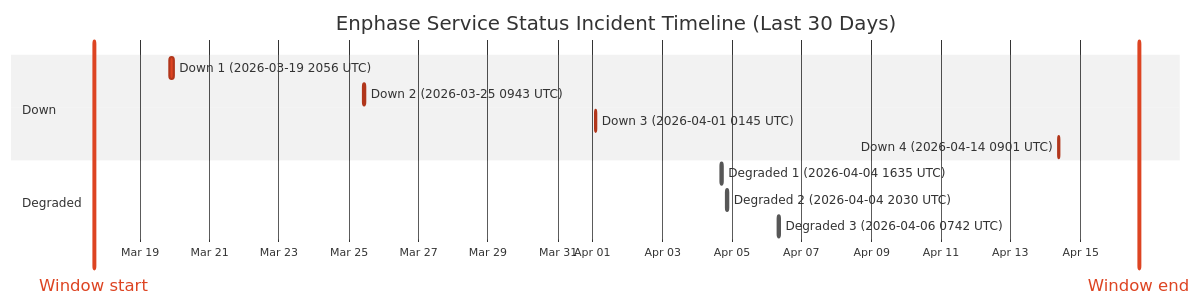
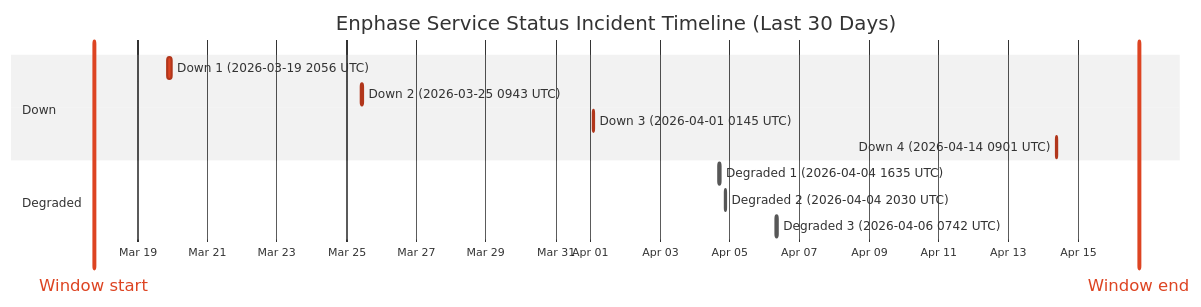
One commit to barneyonline/ha-enphase-ev-charger changed the diagram in wiki/Service-Status-History.md. Above: the diagram before and after it, drawn with Mermaid (neutral theme). The commit also changed other lines of this file and 3 other files, not shown here.

````diff
--- a/wiki/Service-Status-History.md
+++ b/wiki/Service-Status-History.md
@@ -14,17 +14,17 @@
 ```mermaid
 gantt
     title Enphase Service Status Incident Timeline (Last 30 Days)
     dateFormat  YYYY-MM-DDTHH:mm:ss
     axisFormat  %b %d
-    Window start :vert, window-start, 2026-03-17T16:22:44, 0ms
-    Window end :vert, window-end, 2026-04-16T16:22:44, 0ms
+    Window start :vert, window-start, 2026-03-17T17:51:20, 0ms
+    Window end :vert, window-end, 2026-04-16T17:51:20, 0ms
     section Down
     Down 1 (2026-03-19 2056 UTC) :crit, down-1, 2026-03-19T20:56:20, 145m
     Down 2 (2026-03-25 0943 UTC) :crit, down-2, 2026-03-25T09:43:28, 111m
     Down 3 (2026-04-01 0145 UTC) :crit, down-3, 2026-04-01T01:45:09, 60m
     Down 4 (2026-04-14 0901 UTC) :crit, down-4, 2026-04-14T09:01:13, 60m
     section Degraded
     Degraded 1 (2026-04-04 1635 UTC) :active, degraded-1, 2026-04-04T16:35:17, 60m
     Degraded 2 (2026-04-04 2030 UTC) :active, degraded-2, 2026-04-04T20:30:40, 60m
     Degraded 3 (2026-04-06 0742 UTC) :active, degraded-3, 2026-04-06T07:42:09, 85m
 ```
````
